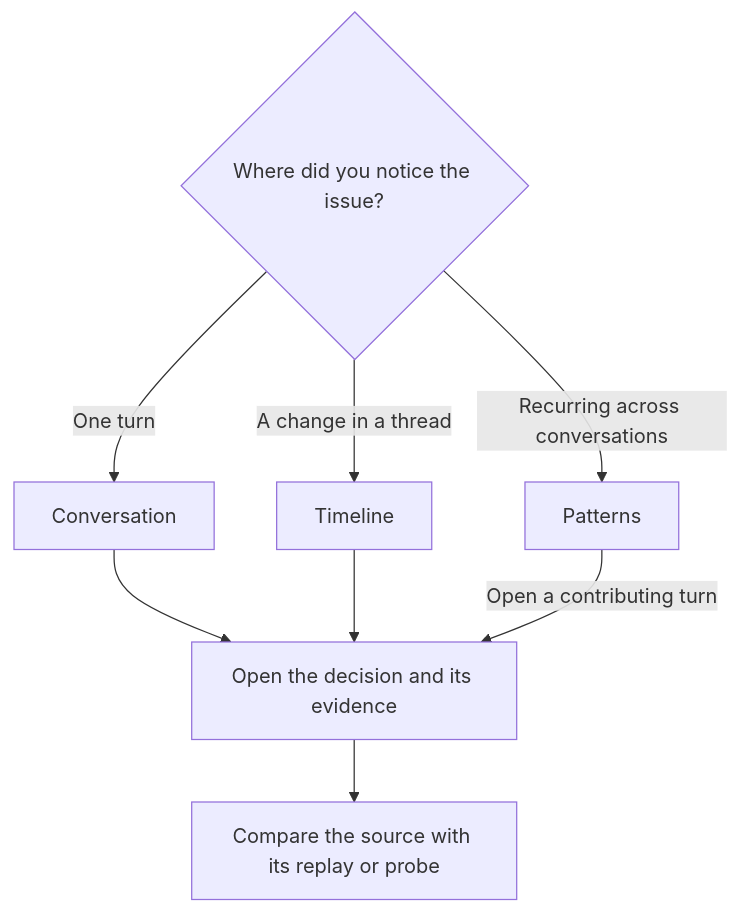
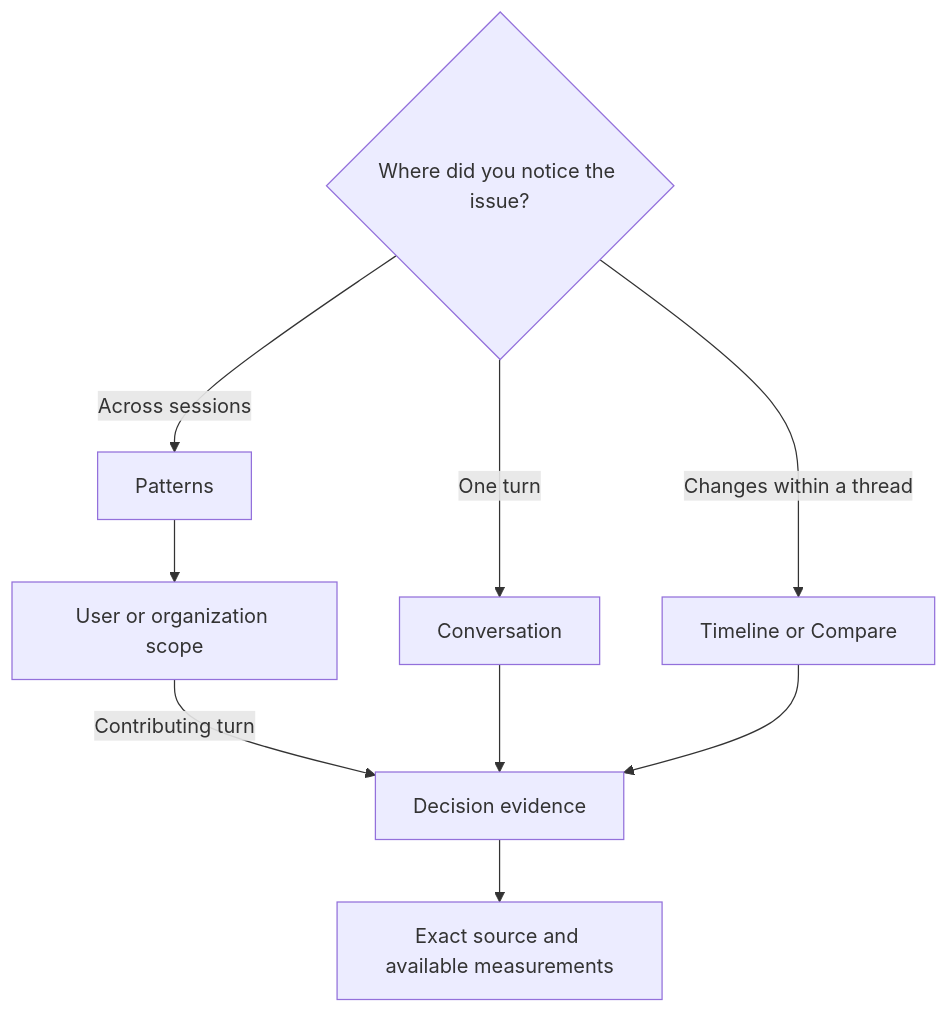
One commit to thakur-ro/A2Context changed the second of 2 diagrams in docs/architecture.md. Above: the diagram before and after it, drawn with Mermaid. The commit also changed other lines of this file and 7 other files, not shown here.

````diff
--- a/docs/architecture.md
+++ b/docs/architecture.md
@@ -39,13 +54,14 @@
 ```mermaid
 flowchart TD
     accTitle: Choosing a view for an investigation
     accDescr: Conversation, Timeline, and Patterns start from different scopes and lead to the same decision evidence.
     Q{Where did you notice the issue?}
     Q -->|One turn| C[Conversation]
-    Q -->|A change in a thread| T[Timeline]
-    Q -->|Recurring across conversations| P[Patterns]
-    C --> E[Open the decision and its evidence]
+    Q -->|Changes within a thread| T[Timeline or Compare]
+    Q -->|Across sessions| P[Patterns]
+    P --> U[User or organization scope]
+    U -->|Contributing turn| E[Decision evidence]
+    C --> E
     T --> E
-    P -->|Open a contributing turn| E
-    E --> R[Compare the source with its replay or probe]
+    E --> A[Exact source and available measurements]
 ```
````
